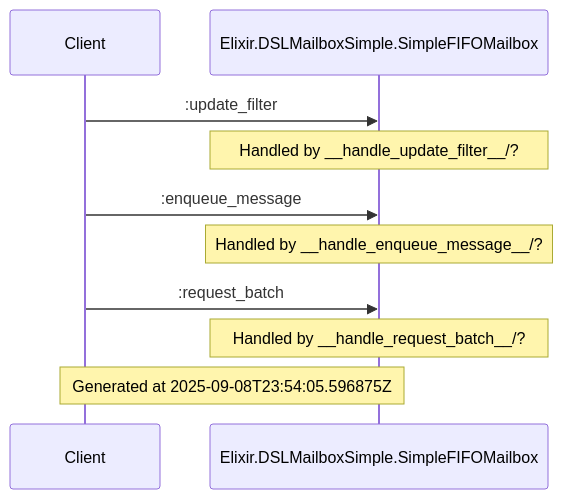
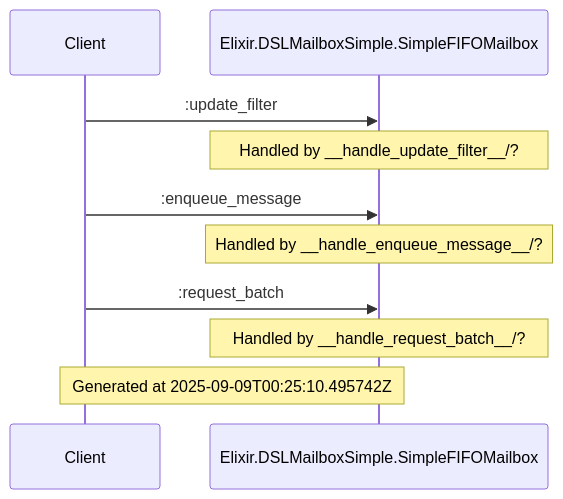
Before and after one commit to anoma/engine: the diagram in docs/diagrams/Elixir.DSLMailboxSimple.SimpleFIFOMailbox.md, drawn with Mermaid. The commit also changed other lines of this file and 27 other files, not shown here.

````diff
--- a/docs/diagrams/Elixir.DSLMailboxSimple.SimpleFIFOMailbox.md
+++ b/docs/diagrams/Elixir.DSLMailboxSimple.SimpleFIFOMailbox.md
@@ -5,14 +5,14 @@
 ```mermaid
 sequenceDiagram
     participant Client
     participant Elixir.Examples.DSLMailboxSimple.SimpleFIFOMailbox as Elixir.DSLMailboxSimple.SimpleFIFOMailbox
     Client->>Elixir.Examples.DSLMailboxSimple.SimpleFIFOMailbox: :update_filter
     Note over Elixir.Examples.DSLMailboxSimple.SimpleFIFOMailbox: Handled by __handle_update_filter__/?
     Client->>Elixir.Examples.DSLMailboxSimple.SimpleFIFOMailbox: :enqueue_message
     Note over Elixir.Examples.DSLMailboxSimple.SimpleFIFOMailbox: Handled by __handle_enqueue_message__/?
     Client->>Elixir.Examples.DSLMailboxSimple.SimpleFIFOMailbox: :request_batch
     Note over Elixir.Examples.DSLMailboxSimple.SimpleFIFOMailbox: Handled by __handle_request_batch__/?
 
-Note over Client, Elixir.Examples.DSLMailboxSimple.SimpleFIFOMailbox: Generated at 2025-09-08T23:54:05.596875Z
+Note over Client, Elixir.Examples.DSLMailboxSimple.SimpleFIFOMailbox: Generated at 2025-09-09T00:25:10.495742Z
 
 ```
````
